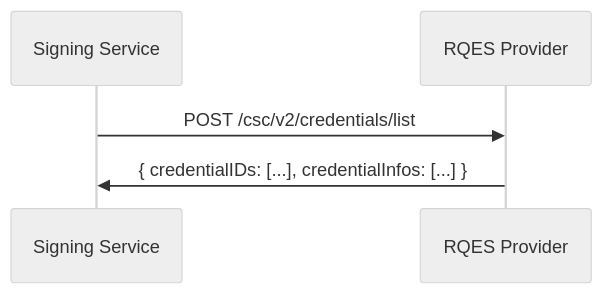
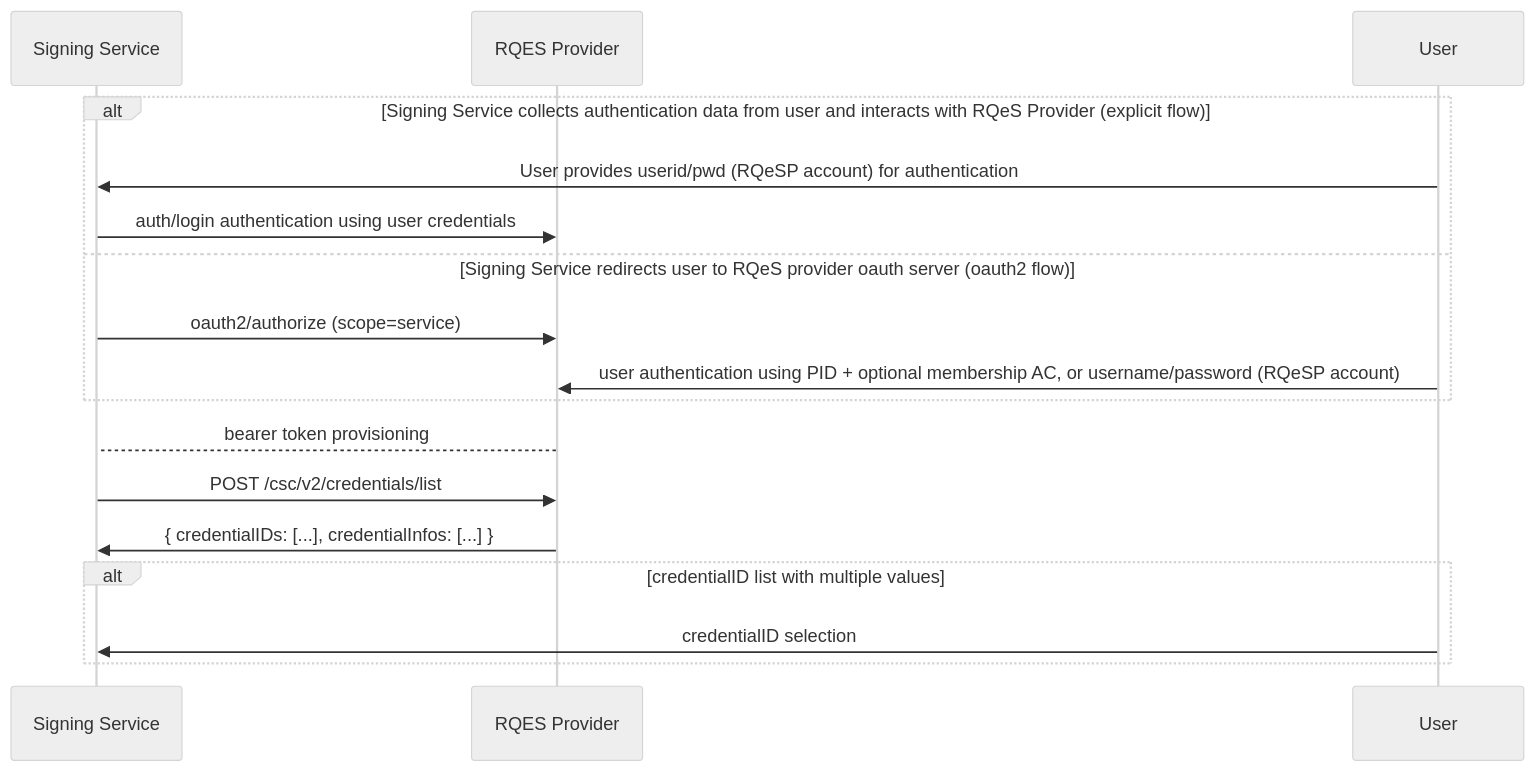
One commit to EWC-consortium/eudi-wallet-rfcs changed the fourth of 7 diagrams in ewc-rfc010-long-term-certifice-qes-creation.md. Above: the diagram before and after it, drawn with Mermaid (neutral theme). The commit also changed other lines of this file, not shown here.

````diff
--- a/ewc-rfc010-long-term-certifice-qes-creation.md
+++ b/ewc-rfc010-long-term-certifice-qes-creation.md
@@ -270,8 +283,24 @@
 ```mermaid
 %% credentialList
   sequenceDiagram
     participant Signing Service
     participant RQES Provider
-    Signing Service->>RQES Provider: POST /csc/v2/credentials/list
-    RQES Provider->>Signing Service: { credentialIDs: [...], credentialInfos: [...] }
+
+  
+   alt Signing Service collects authentication data from user and interacts with RQeS Provider (explicit flow)
+        User->>Signing Service: User provides userid/pwd (RQeSP account) for authentication  
+        Signing Service->>RQES Provider: auth/login authentication using user credentials
+   else Signing Service redirects user to RQeS provider oauth server (oauth2 flow)
+        Signing Service->>RQES Provider: oauth2/authorize (scope=service)
+        User->>RQES Provider: user authentication using PID + optional membership AC, or username/password (RQeSP account)
+   end 
+
+   RQES Provider-->Signing Service: bearer token provisioning
+   Signing Service->>RQES Provider: POST /csc/v2/credentials/list
+   RQES Provider->>Signing Service: { credentialIDs: [...], credentialInfos: [...] }
+   
+   alt credentialID list with multiple values
+        User->>Signing Service: credentialID selection
+   end
+
 ```
````
